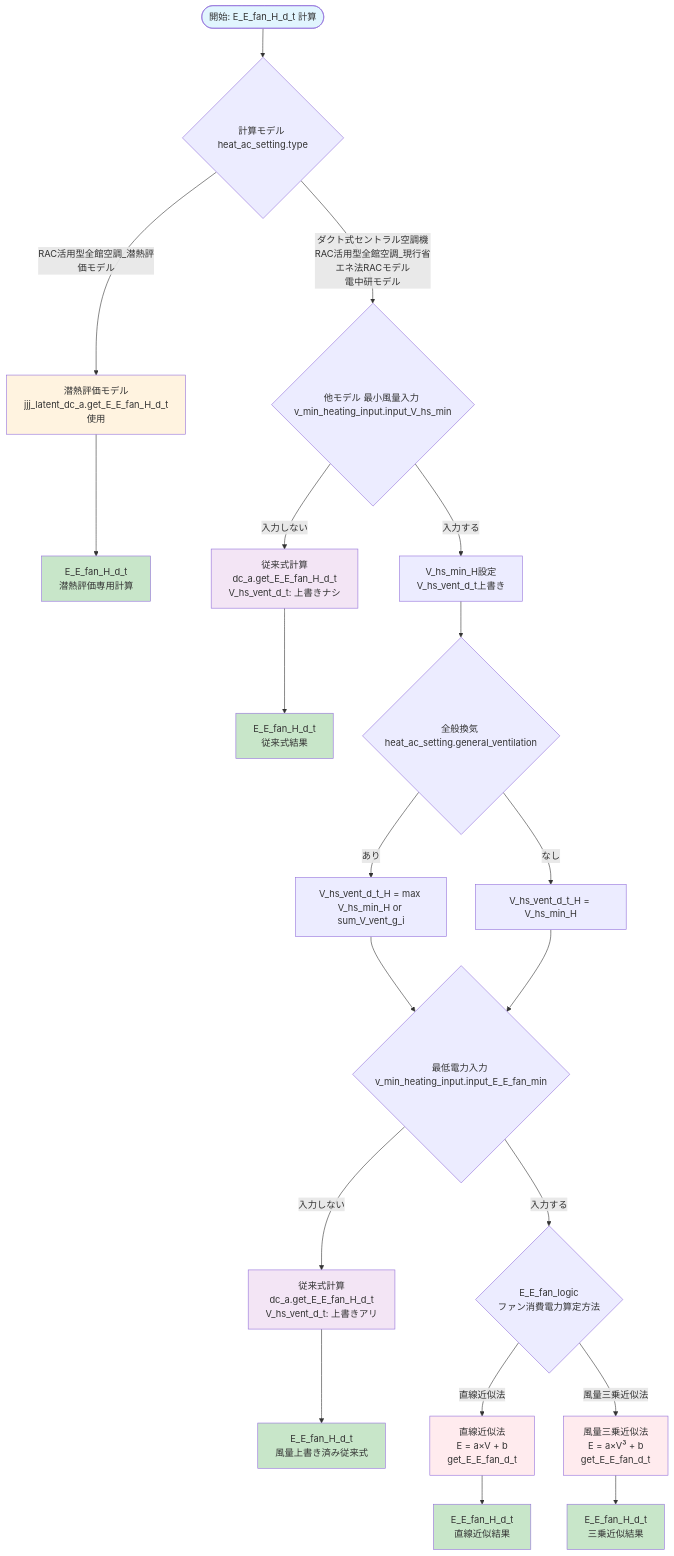
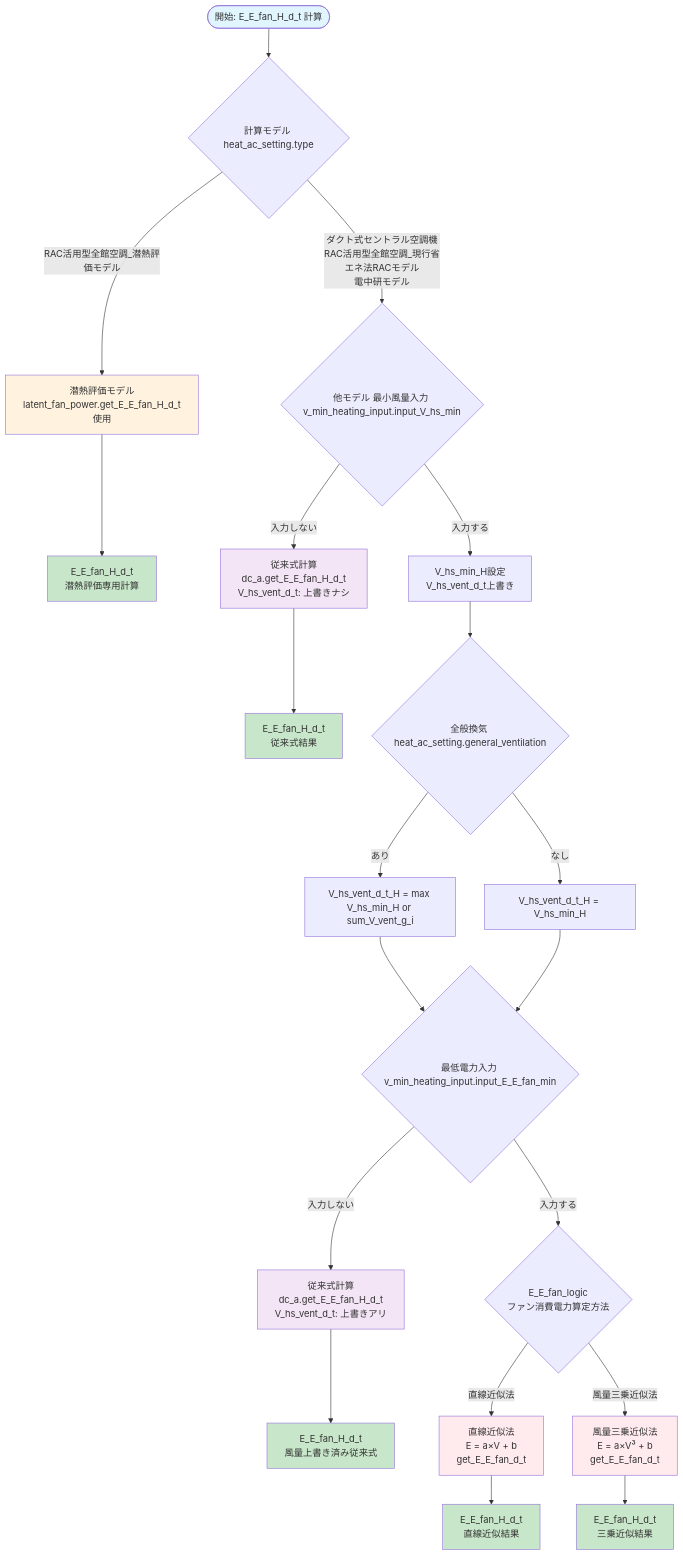
The diagram in packages/pyhees-jjj/src/jjjexperiment/v_min_input/README.md (iguchi-lab/Verification-Platform-Next), drawn with Mermaid before and after one commit. The commit also changed other lines of this file and 13 other files, not shown here.

````diff
--- a/packages/pyhees-jjj/src/jjjexperiment/v_min_input/README.md
+++ b/packages/pyhees-jjj/src/jjjexperiment/v_min_input/README.md
@@ -8,43 +10,43 @@
 ```mermaid
 flowchart TD
 
 Start([開始: E_E_fan_H_d_t 計算]) --> TypeCheck{計算モデル heat_ac_setting.type}
 
-TypeCheck -->|RAC活用型全館空調_潜熱評価モデル| LatentModel[潜熱評価モデル<br/>jjj_latent_dc_a.get_E_E_fan_H_d_t使用]
+TypeCheck -->|RAC活用型全館空調_潜熱評価モデル| LatentModel[潜熱評価モデル<br/>latent_fan_power.get_E_E_fan_H_d_t使用]
 LatentModel --> EndLatent[E_E_fan_H_d_t<br/>潜熱評価専用計算]
 
 TypeCheck -->|ダクト式セントラル空調機<br/>RAC活用型全館空調_現行省エネ法RACモデル<br/>電中研モデル| MinVolumeCheck{他モデル 最小風量入力 v_min_heating_input.input_V_hs_min}
 
 MinVolumeCheck -->|入力しない| TraditionalCalc[従来式計算<br/>dc_a.get_E_E_fan_H_d_t<br/>V_hs_vent_d_t: 上書きナシ]
 TraditionalCalc --> EndTraditional[E_E_fan_H_d_t<br/>従来式結果]
 
 MinVolumeCheck -->|入力する| SetMinVolume[V_hs_min_H設定<br/>V_hs_vent_d_t上書き]
 SetMinVolume --> VentilationCheck{全般換気 heat_ac_setting.general_ventilation}
 
 VentilationCheck -->|あり| WithVent[V_hs_vent_d_t_H = max V_hs_min_H or sum_V_vent_g_i]
 VentilationCheck -->|なし| WithoutVent[V_hs_vent_d_t_H = V_hs_min_H]
 
 WithVent --> MinPowerCheck{最低電力入力 v_min_heating_input.input_E_E_fan_min}
 WithoutVent --> MinPowerCheck
 
 MinPowerCheck -->|入力しない| ModifiedTraditional[従来式計算<br/>dc_a.get_E_E_fan_H_d_t<br/>V_hs_vent_d_t: 上書きアリ]
 ModifiedTraditional --> EndModified[E_E_fan_H_d_t<br/>風量上書き済み従来式]
 
 MinPowerCheck -->|入力する| FormulaTypeCheck{E_E_fan_logic<br/>ファン消費電力算定方法}
 FormulaTypeCheck -->|直線近似法| LinearFormula[直線近似法<br/>E = a×V + b<br/>get_E_E_fan_d_t]
 FormulaTypeCheck -->|風量三乗近似法| CubicFormula[風量三乗近似法<br/>E = a×V³ + b<br/>get_E_E_fan_d_t]
 LinearFormula --> EndCustomLinear[E_E_fan_H_d_t<br/>直線近似結果]
 CubicFormula --> EndCustomCubic[E_E_fan_H_d_t<br/>三乗近似結果]
 
 style Start fill:#e1f5fe
 style EndLatent fill:#c8e6c9
 style EndTraditional fill:#c8e6c9
 style EndModified fill:#c8e6c9
 style EndCustomLinear fill:#c8e6c9
 style EndCustomCubic fill:#c8e6c9
 style LatentModel fill:#fff3e0
 style TraditionalCalc fill:#f3e5f5
 style ModifiedTraditional fill:#f3e5f5
 style LinearFormula fill:#ffebee
 style CubicFormula fill:#ffebee
 ```
````
